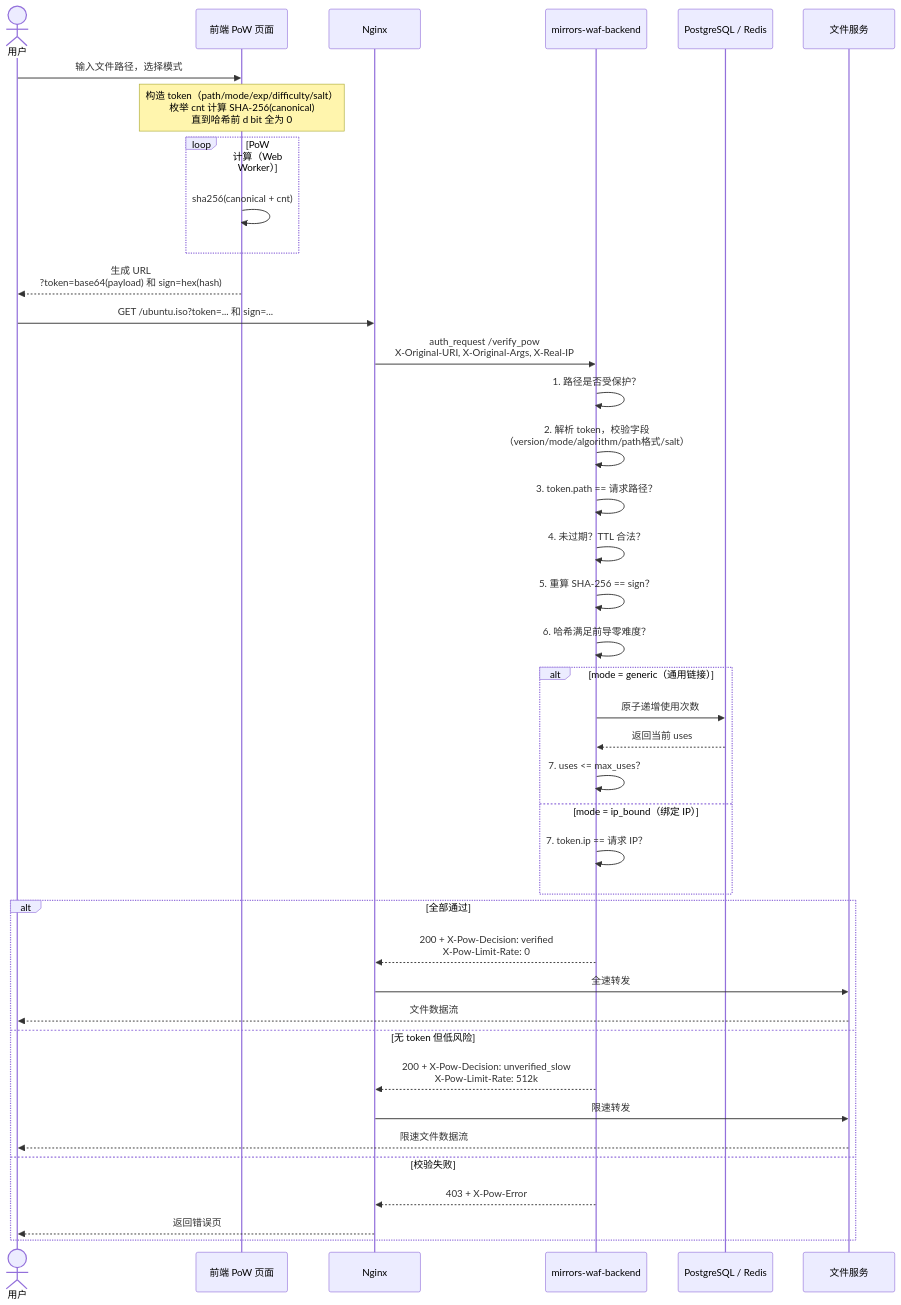
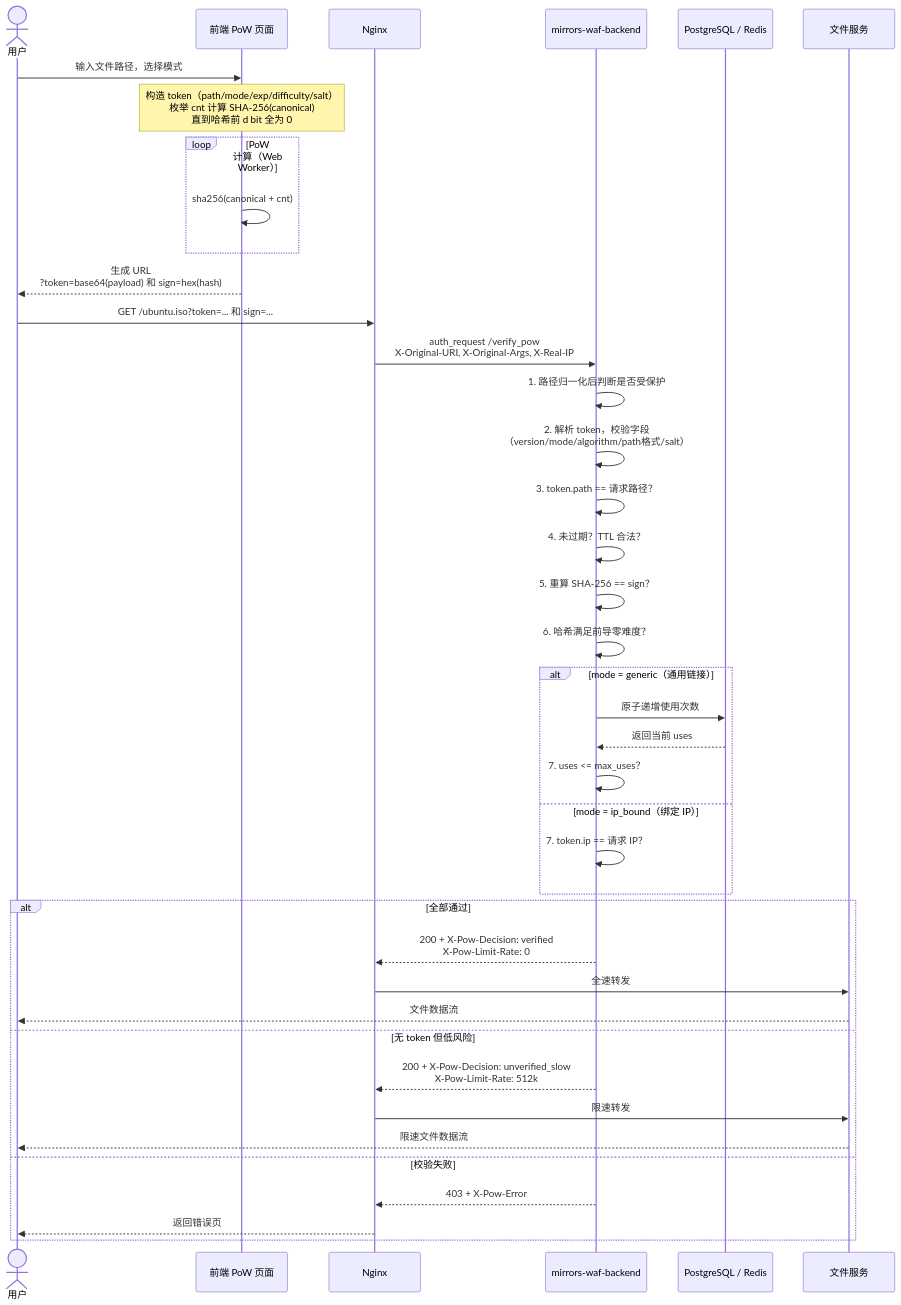
Before and after one commit to hust-open-atom-club/hustmirrors-waf-backend: the second of 2 diagrams in README.md, drawn with Mermaid. The commit also changed other lines of this file, not shown here.

````diff
--- a/README.md
+++ b/README.md
@@ -33,49 +33,49 @@
 ```mermaid
 sequenceDiagram
     actor User as 用户
     participant FE as 前端 PoW 页面
     participant Nginx as Nginx
     participant Auth as mirrors-waf-backend
     participant Store as PostgreSQL / Redis
     participant FS as 文件服务
 
     User->>FE: 输入文件路径，选择模式
     Note over FE: 构造 token（path/mode/exp/difficulty/salt）<br/>枚举 cnt 计算 SHA-256(canonical)<br/>直到哈希前 d bit 全为 0
 
     loop PoW 计算（Web Worker）
         FE->>FE: sha256(canonical + cnt)
     end
 
     FE-->>User: 生成 URL<br/>?token=base64(payload) 和 sign=hex(hash)
 
     User->>Nginx: GET /ubuntu.iso?token=... 和 sign=...
     Nginx->>Auth: auth_request /verify_pow<br/>X-Original-URI, X-Original-Args, X-Real-IP
 
-    Auth->>Auth: 1. 路径是否受保护？
+    Auth->>Auth: 1. 路径归一化后判断是否受保护
     Auth->>Auth: 2. 解析 token，校验字段<br/>（version/mode/algorithm/path格式/salt）
     Auth->>Auth: 3. token.path == 请求路径？
     Auth->>Auth: 4. 未过期？TTL 合法？
     Auth->>Auth: 5. 重算 SHA-256 == sign？
     Auth->>Auth: 6. 哈希满足前导零难度？
 
     alt mode = generic（通用链接）
         Auth->>Store: 原子递增使用次数
         Store-->>Auth: 返回当前 uses
         Auth->>Auth: 7. uses <= max_uses？
     else mode = ip_bound（绑定 IP）
         Auth->>Auth: 7. token.ip == 请求 IP？
     end
 
     alt 全部通过
         Auth-->>Nginx: 200 + X-Pow-Decision: verified<br/>X-Pow-Limit-Rate: 0
         Nginx->>FS: 全速转发
         FS-->>User: 文件数据流
     else 无 token 但低风险
         Auth-->>Nginx: 200 + X-Pow-Decision: unverified_slow<br/>X-Pow-Limit-Rate: 512k
         Nginx->>FS: 限速转发
         FS-->>User: 限速文件数据流
     else 校验失败
         Auth-->>Nginx: 403 + X-Pow-Error
         Nginx-->>User: 返回错误页
     end
 ```
````
